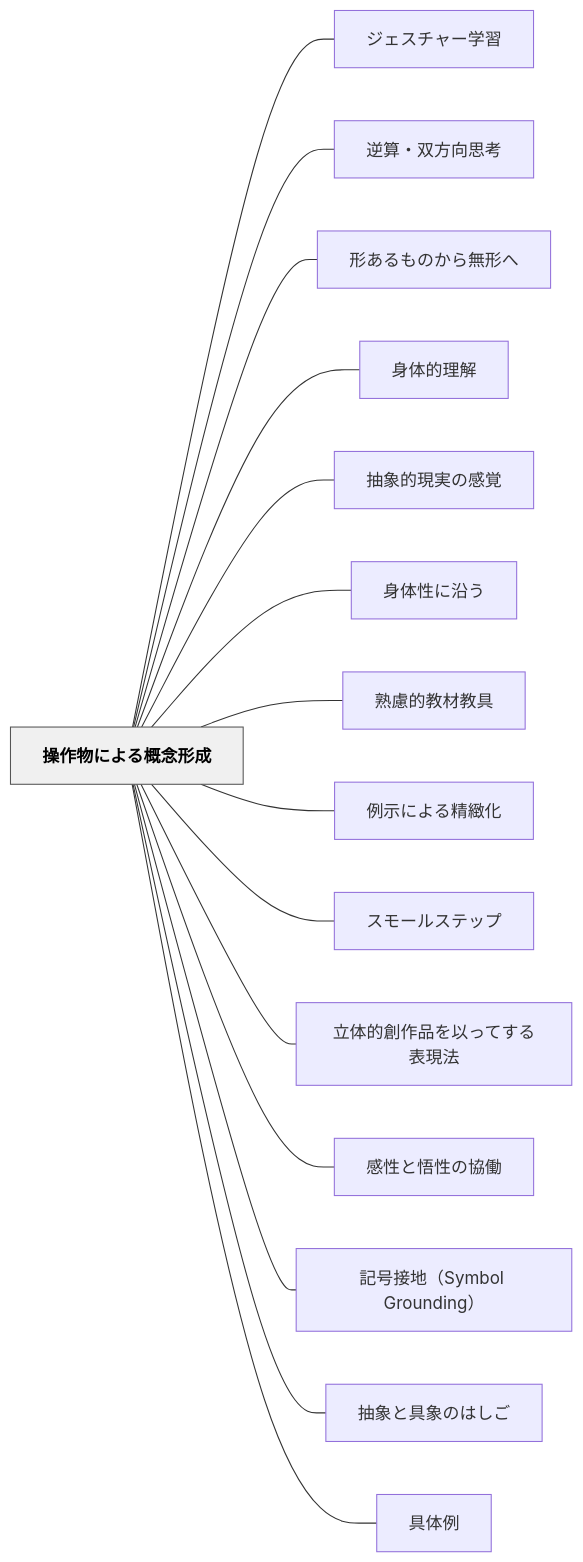
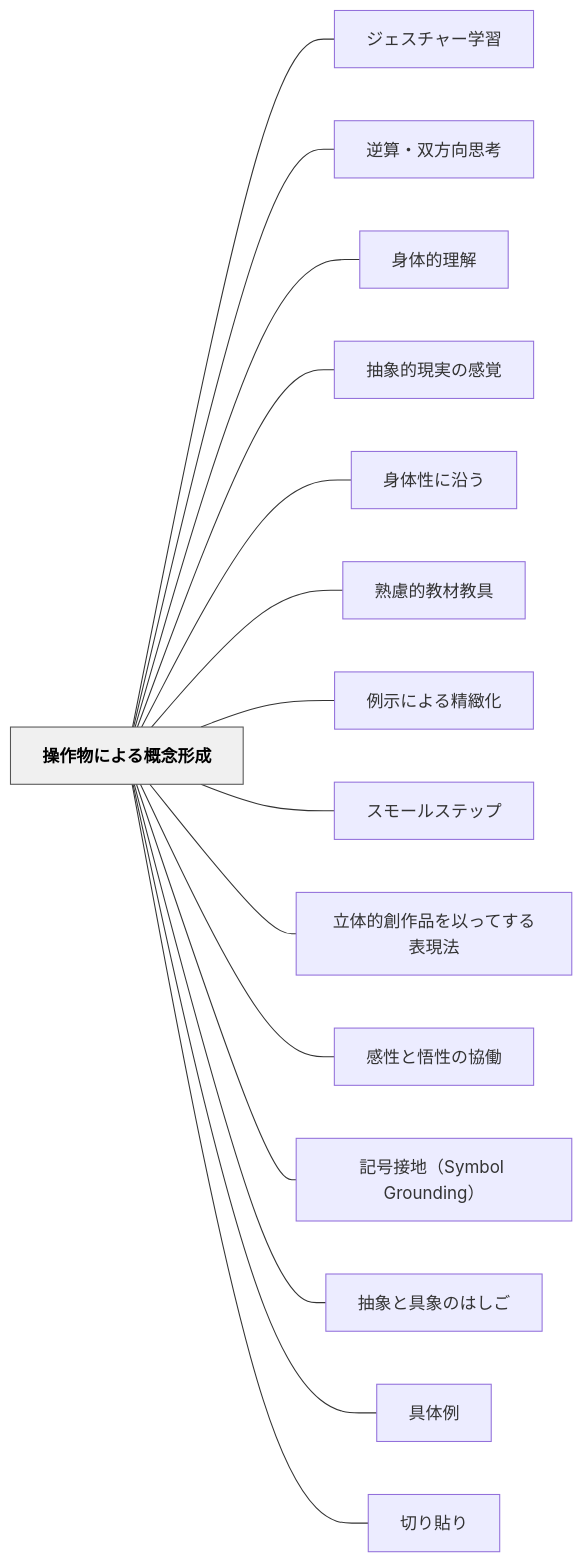
Before and after one commit to unknownthings-ed-patterns/unknownthings-ed-patterns: the diagram in content/パタン/操作物による概念形成.md, drawn with Mermaid. The commit also changed other lines of this file and 1 other file, not shown here.

Commit message:
auto: Obsidianから同期 2026-06-13 15:40

````diff
--- a/content/パタン/操作物による概念形成.md
+++ b/content/パタン/操作物による概念形成.md
@@ -90,36 +90,36 @@
 ```mermaid
 flowchart LR
     ne6938de4bd9ce789a9e381abe38288e3828be6a682e5bfb5e5bda2e68890["操作物による概念形成"]
     ne382b8e382a7e382b9e38381e383a3e383bce5ada6e7bf92["ジェスチャー学習"]
     ne98086e7ae97e383bbe58f8ce696b9e59091e6809de88083["逆算・双方向思考"]
-    ne5bda2e38182e3828be38282e381aee3818be38289e784a1e5bda2e381b8["形あるものから無形へ"]
     ne8baabe4bd93e79a84e79086e8a7a3["身体的理解"]
     ne68abde8b1a1e79a84e78fbee5ae9fe381aee6849fe8a69a["抽象的現実の感覚"]
     ne8baabe4bd93e680a7e381abe6b2bfe38186["身体性に沿う"]
     ne7869fe685aee79a84e69599e69d90e69599e585b7["熟慮的教材教具"]
     ne4be8be7a4bae381abe38288e3828be7b2bee7b7bbe58c96["例示による精緻化"]
     ne382b9e383a2e383bce383abe382b9e38386e38383e38397["スモールステップ"]
     ne7ab8be4bd93e79a84e589b5e4bd9ce59381e38292e4bba5e381a3e381a6e38199e3828be8a1a8e78fbee6b395["立体的創作品を以ってする表現法"]
     ne6849fe680a7e381a8e6829fe680a7e381aee58d94e5838d["感性と悟性の協働"]
     ne8a898e58fb7e68ea5e59cb0efbc8853796d626f6c2047726f756e64696e67efbc89["記号接地（Symbol Grounding）"]
     ne68abde8b1a1e381a8e585b7e8b1a1e381aee381afe38197e38194["抽象と具象のはしご"]
     ne585b7e4bd93e4be8b["具体例"]
+    ne58887e3828ae8b2bce3828a["切り貼り"]
 
     ne6938de4bd9ce789a9e381abe38288e3828be6a682e5bfb5e5bda2e68890 --- ne382b8e382a7e382b9e38381e383a3e383bce5ada6e7bf92
     ne6938de4bd9ce789a9e381abe38288e3828be6a682e5bfb5e5bda2e68890 --- ne98086e7ae97e383bbe58f8ce696b9e59091e6809de88083
-    ne6938de4bd9ce789a9e381abe38288e3828be6a682e5bfb5e5bda2e68890 --- ne5bda2e38182e3828be38282e381aee3818be38289e784a1e5bda2e381b8
     ne6938de4bd9ce789a9e381abe38288e3828be6a682e5bfb5e5bda2e68890 --- ne8baabe4bd93e79a84e79086e8a7a3
     ne6938de4bd9ce789a9e381abe38288e3828be6a682e5bfb5e5bda2e68890 --- ne68abde8b1a1e79a84e78fbee5ae9fe381aee6849fe8a69a
     ne6938de4bd9ce789a9e381abe38288e3828be6a682e5bfb5e5bda2e68890 --- ne8baabe4bd93e680a7e381abe6b2bfe38186
     ne6938de4bd9ce789a9e381abe38288e3828be6a682e5bfb5e5bda2e68890 --- ne7869fe685aee79a84e69599e69d90e69599e585b7
     ne6938de4bd9ce789a9e381abe38288e3828be6a682e5bfb5e5bda2e68890 --- ne4be8be7a4bae381abe38288e3828be7b2bee7b7bbe58c96
     ne6938de4bd9ce789a9e381abe38288e3828be6a682e5bfb5e5bda2e68890 --- ne382b9e383a2e383bce383abe382b9e38386e38383e38397
     ne6938de4bd9ce789a9e381abe38288e3828be6a682e5bfb5e5bda2e68890 --- ne7ab8be4bd93e79a84e589b5e4bd9ce59381e38292e4bba5e381a3e381a6e38199e3828be8a1a8e78fbee6b395
     ne6938de4bd9ce789a9e381abe38288e3828be6a682e5bfb5e5bda2e68890 --- ne6849fe680a7e381a8e6829fe680a7e381aee58d94e5838d
     ne6938de4bd9ce789a9e381abe38288e3828be6a682e5bfb5e5bda2e68890 --- ne8a898e58fb7e68ea5e59cb0efbc8853796d626f6c2047726f756e64696e67efbc89
     ne6938de4bd9ce789a9e381abe38288e3828be6a682e5bfb5e5bda2e68890 --- ne68abde8b1a1e381a8e585b7e8b1a1e381aee381afe38197e38194
     ne6938de4bd9ce789a9e381abe38288e3828be6a682e5bfb5e5bda2e68890 --- ne585b7e4bd93e4be8b
+    ne6938de4bd9ce789a9e381abe38288e3828be6a682e5bfb5e5bda2e68890 --- ne58887e3828ae8b2bce3828a
 
     classDef hub fill:#f0f0f0,stroke:#555,color:#000,font-weight:bold
     class ne6938de4bd9ce789a9e381abe38288e3828be6a682e5bfb5e5bda2e68890 hub
 ```
````
